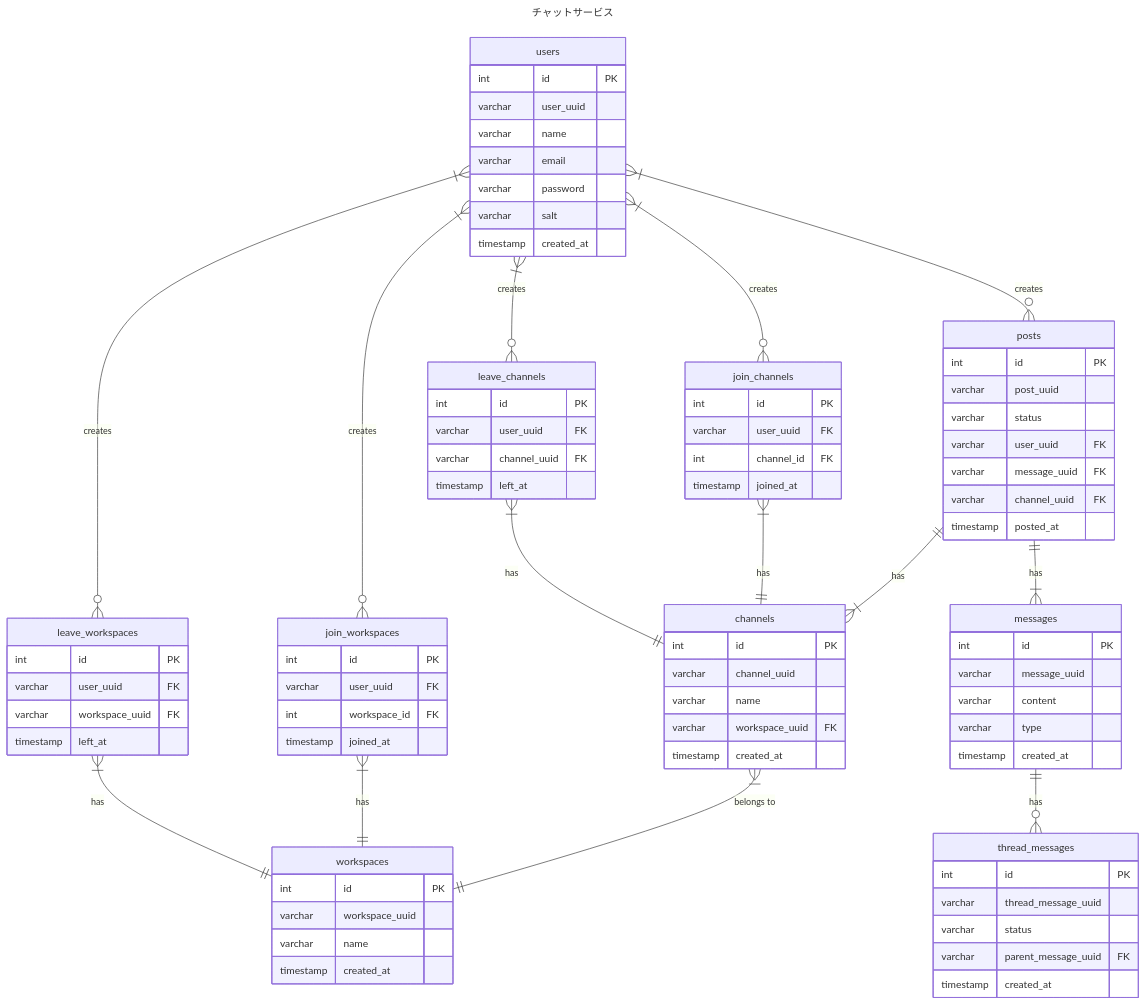
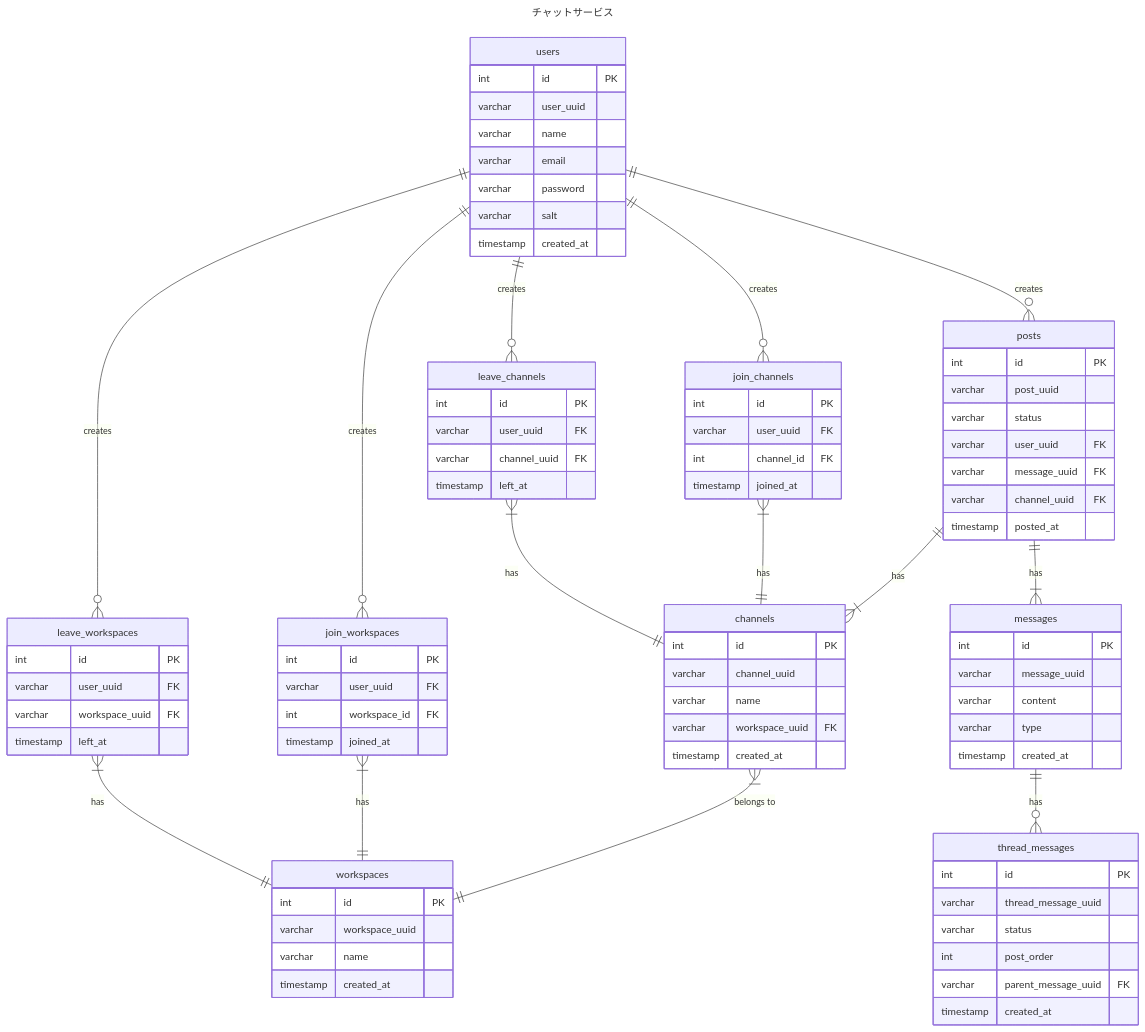
The diagram in db/modeling/2/er.md (ttakuma17/til), drawn with Mermaid before and after one commit. The commit also changed other lines of this file and 1 other file, not shown here.

Commit message:
ERDに設計意図などを追加

```diff
--- a/db/modeling/2/er.md
+++ b/db/modeling/2/er.md
@@ -33,6 +24,7 @@
 title: チャットサービス
 ---
 erDiagram
+  %% ユーザー(R)
   users {
     int id PK
     varchar user_uuid
@@ -42,12 +34,14 @@
     varchar salt
     timestamp created_at
   }
+  %% ワークスペース(R) 
   workspaces {
     int id PK
     varchar workspace_uuid
     varchar name
     timestamp created_at
   }
+  %% チャンネル(R)
   channels {
     int id PK
     varchar channel_uuid
@@ -55,30 +49,35 @@
     varchar workspace_uuid FK
     timestamp created_at
   }
+  %% ワークスペース参加(E)
   join_workspaces {
     int id PK
     varchar user_uuid FK
     int workspace_id FK
     timestamp joined_at
   }
+  %% チャンネル参加(E)
   join_channels {
     int id PK
     varchar user_uuid FK
     int channel_id FK
     timestamp joined_at
   }
+  %% ワークスペース退出(E)
   leave_workspaces{
     int id PK
     varchar user_uuid FK
     varchar workspace_uuid FK
     timestamp left_at
   }
+  %% チャンネル退出(E)
   leave_channels{
     int id PK
     varchar user_uuid FK
     varchar channel_uuid FK
     timestamp left_at
   }
+  %% 投稿(E)
   posts{
     int id PK
     varchar post_uuid
@@ -88,6 +87,7 @@
     varchar channel_uuid FK
     timestamp posted_at
   }
+  %% メッセージ(R)
   messages {
     int id PK
     varchar message_uuid
@@ -95,20 +95,22 @@
     varchar type
     timestamp created_at
   }
+  %% スレッドメッセージ(R)
   messages ||--o{ thread_messages: "has"
   thread_messages {
     int id PK
     varchar thread_message_uuid
     varchar status
+    int post_order
     varchar parent_message_uuid FK
     timestamp created_at
   }
   
-  users }|--o{ join_workspaces: "creates"
-  users }|--o{ join_channels: "creates"
-  users }|--o{ leave_workspaces: "creates"
-  users }|--o{ leave_channels: "creates"
-  users }|--o{ posts: "creates"
+  users ||--o{ join_workspaces: "creates"
+  users ||--o{ join_channels: "creates"
+  users ||--o{ leave_workspaces: "creates"
+  users ||--o{ leave_channels: "creates"
+  users ||--o{ posts: "creates"
   channels }| -- || workspaces: "belongs to"
   posts ||--|{ channels: "has"
   posts ||--|{ messages: "has"
```
